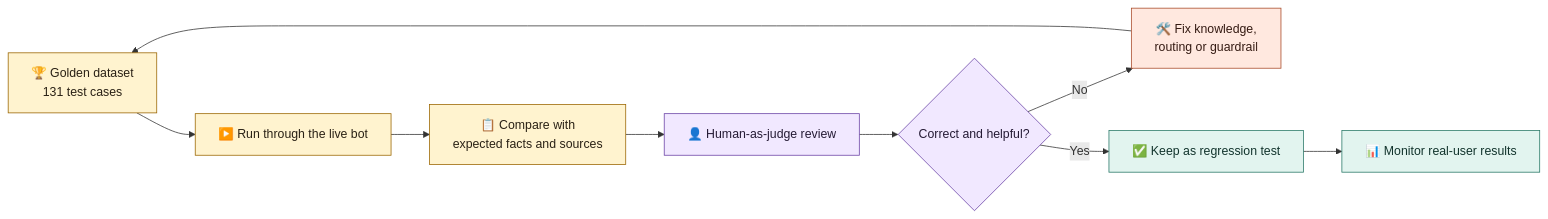
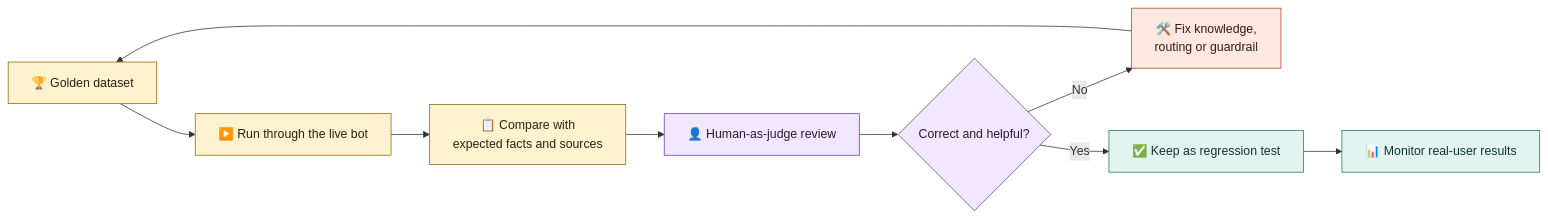
Before and after one commit to robona-pk/portfolio: the second of 2 diagrams in README.md, drawn with Mermaid. The commit also changed other lines of this file and 6 other files, not shown here.

````diff
--- a/README.md
+++ b/README.md
@@ -179,21 +179,21 @@
 ```mermaid
 flowchart LR
-    A["🏆 Golden dataset<br/>131 test cases"] --> B["▶️ Run through the live bot"]
+    A["🏆 Golden dataset"] --> B["▶️ Run through the live bot"]
     B --> C["📋 Compare with<br/>expected facts and sources"]
     C --> D["👤 Human-as-judge review"]
     D --> E{"Correct and helpful?"}
     E -- "No" --> F["🛠️ Fix knowledge,<br/>routing or guardrail"]
     F --> A
     E -- "Yes" --> G["✅ Keep as regression test"]
     G --> H["📊 Monitor real-user results"]
 
     classDef test fill:#fff3cf,stroke:#9a6500,color:#2a2115;
     classDef review fill:#f1e8ff,stroke:#6941a5,color:#251b35;
     classDef improve fill:#ffe8df,stroke:#a84a28,color:#351b13;
     classDef pass fill:#e2f4ef,stroke:#277766,color:#12342d;
 
     class A,B,C test;
     class D,E review;
     class F improve;
     class G,H pass;
 ```
````
